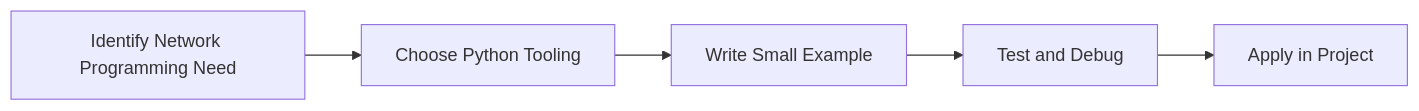
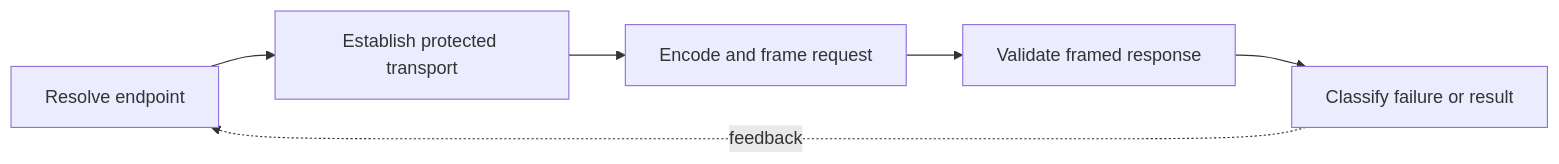
One commit to SYMOIZ/E-Learning-Portal changed the diagram in Python-Mastery/Advanced/13-network-programming.md. Above: the diagram before and after it, drawn with Mermaid. The commit also changed other lines of this file and 116 other files, not shown here.

````diff
--- a/Python-Mastery/Advanced/13-network-programming.md
+++ b/Python-Mastery/Advanced/13-network-programming.md
@@ -133,7 +154,8 @@
 ```mermaid
 flowchart LR
-    A[Identify Network Programming Need] --> B[Choose Python Tooling]
-    B --> C[Write Small Example]
-    C --> D[Test and Debug]
-    D --> E[Apply in Project]
+    A[Resolve endpoint] --> B[Establish protected transport]
+    B --> C[Encode and frame request]
+    C --> D[Validate framed response]
+    D --> E[Classify failure or result]
+    E -. feedback .-> A
 ```
````
